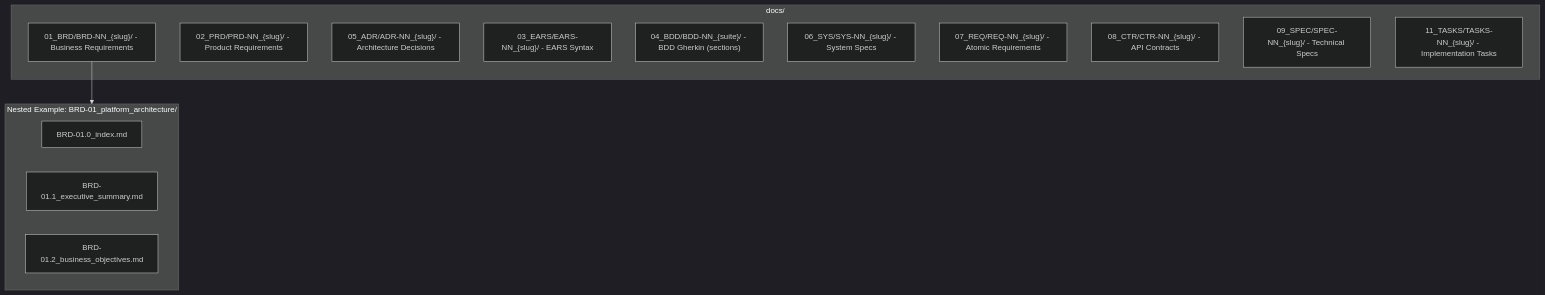
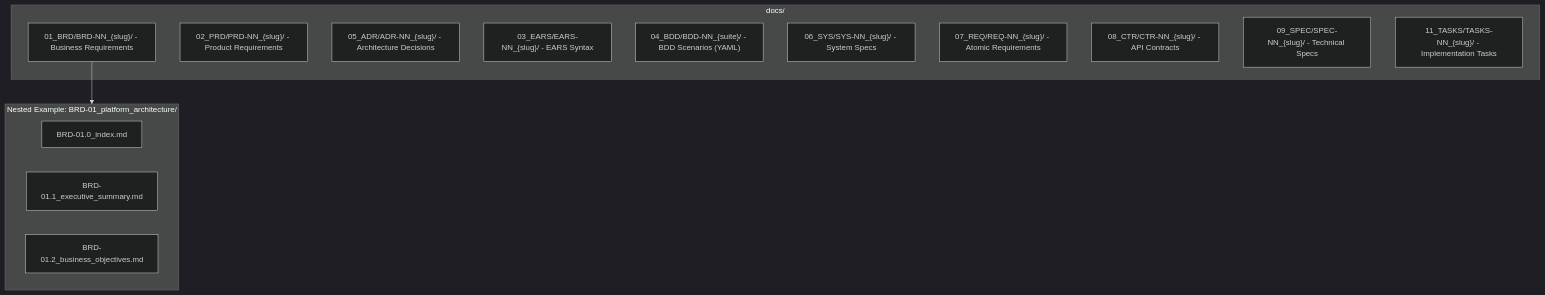
Before and after one commit to vladm3105/aidoc-flow-framework: the diagram in ai_dev_ssd_flow/QUICK_REFERENCE.md, drawn with Mermaid (dark theme). The commit also changed other lines of this file and 39 other files, not shown here.

````diff
--- a/ai_dev_ssd_flow/QUICK_REFERENCE.md
+++ b/ai_dev_ssd_flow/QUICK_REFERENCE.md
@@ -164,23 +164,23 @@
 ```mermaid
 graph TB
   subgraph docs["docs/"]
     BRD["01_BRD/BRD-NN_{slug}/ - Business Requirements"]
     PRD["02_PRD/PRD-NN_{slug}/ - Product Requirements"]
     ADR["05_ADR/ADR-NN_{slug}/ - Architecture Decisions"]
     EARS["03_EARS/EARS-NN_{slug}/ - EARS Syntax"]
-    BDD["04_BDD/BDD-NN_{suite}/ - BDD Gherkin (sections)"]
+    BDD["04_BDD/BDD-NN_{suite}/ - BDD Scenarios (YAML)"]
     SYS["06_SYS/SYS-NN_{slug}/ - System Specs"]
     REQ["07_REQ/REQ-NN_{slug}/ - Atomic Requirements"]
     CTR["08_CTR/CTR-NN_{slug}/ - API Contracts"]
     SPEC["09_SPEC/SPEC-NN_{slug}/ - Technical Specs"]
     TASKS["11_TASKS/TASKS-NN_{slug}/ - Implementation Tasks"]
   end
 
   subgraph nested_example["Nested Example: BRD-01_platform_architecture/"]
     idx["BRD-01.0_index.md"]
     sec1["BRD-01.1_executive_summary.md"]
     sec2["BRD-01.2_business_objectives.md"]
   end
 
   BRD --> nested_example
 ```
````
